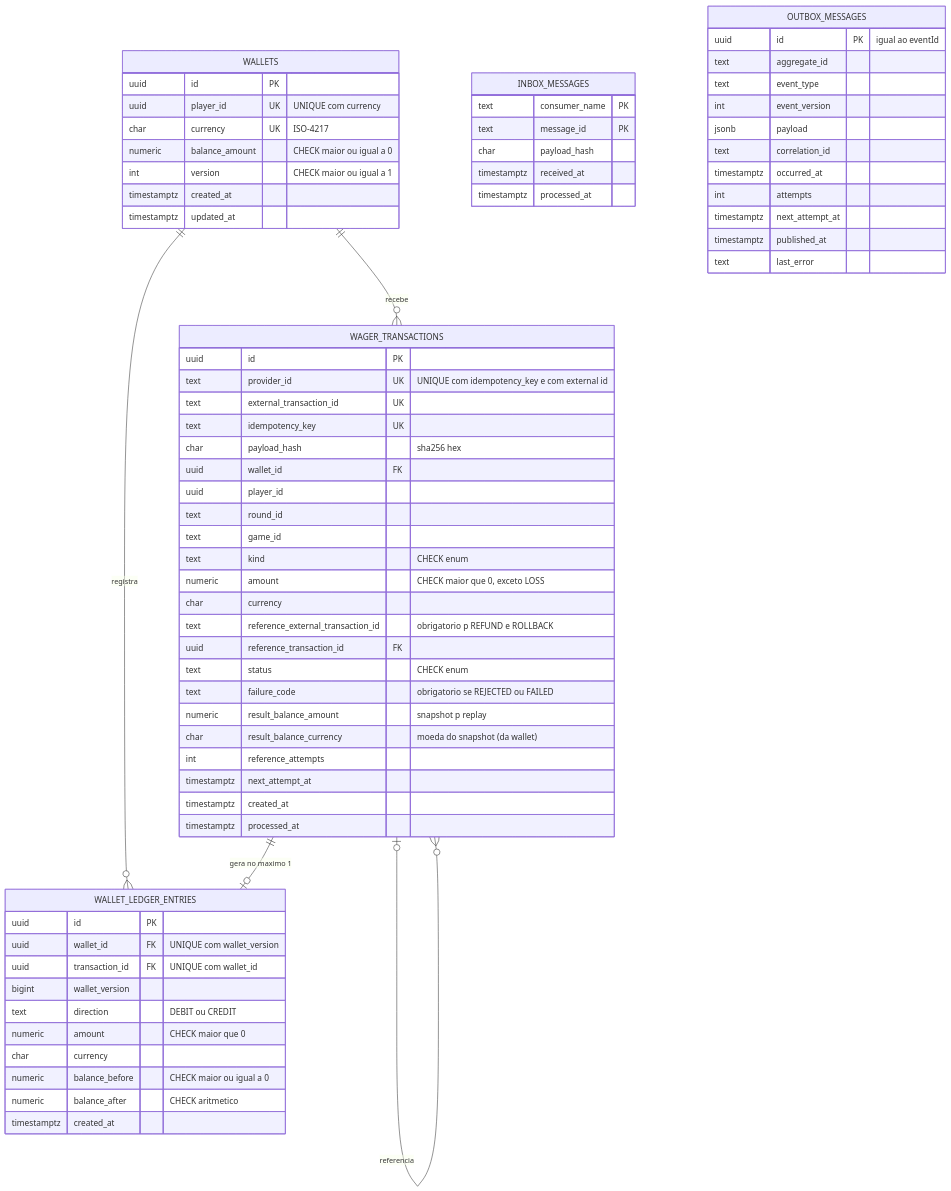
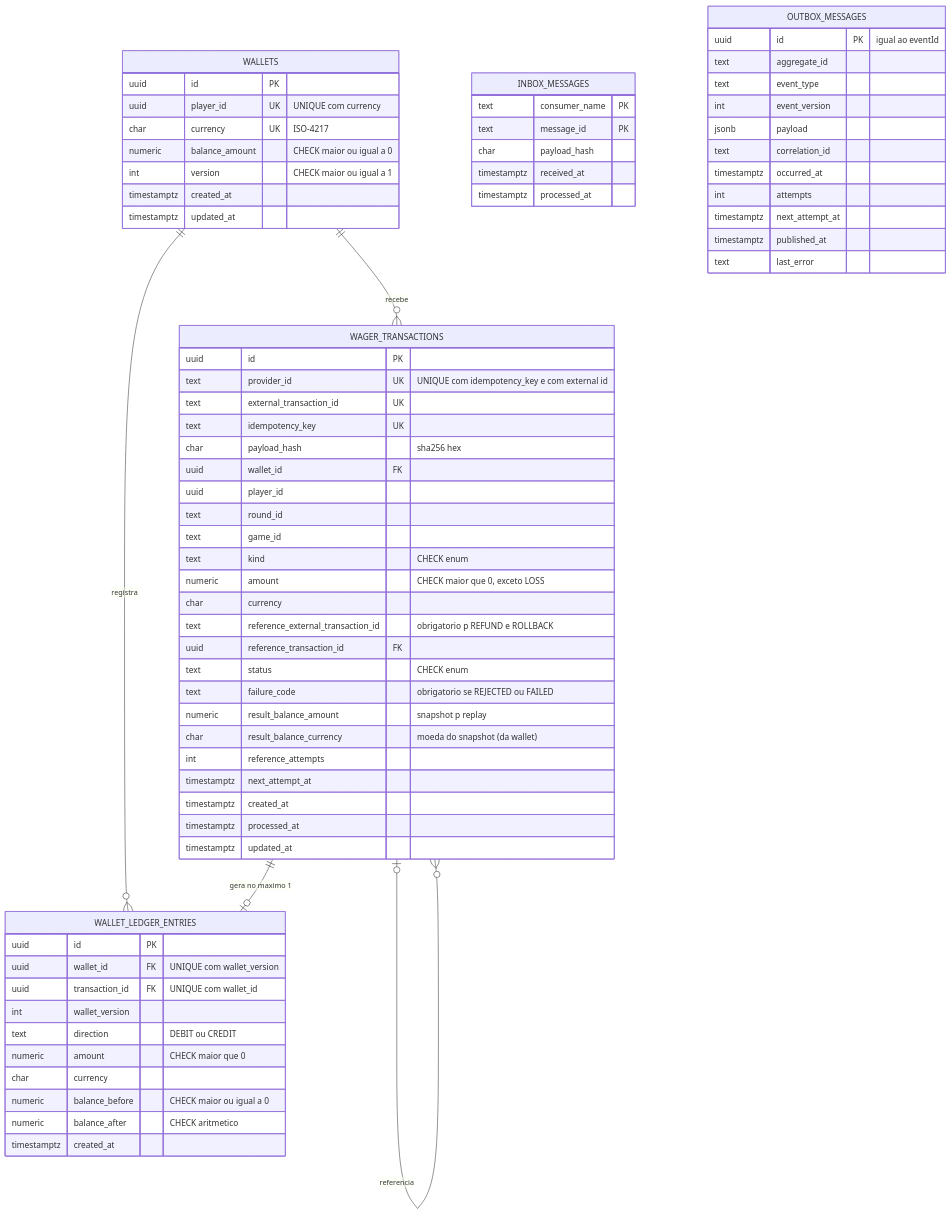
Before and after one commit to RodrigoTorreao/jungle-backend: the sixth of 13 diagrams in ARCHITECTURE.md, drawn with Mermaid. The commit also changed other lines of this file and 3 other files, not shown here.

First line of the commit message:
docs: align architecture with the code and record the conformance audit

````diff
--- a/ARCHITECTURE.md
+++ b/ARCHITECTURE.md
@@ -308,73 +320,74 @@
 ```mermaid
 erDiagram
     WALLETS ||--o{ WAGER_TRANSACTIONS : "recebe"
     WALLETS ||--o{ WALLET_LEDGER_ENTRIES : "registra"
     WAGER_TRANSACTIONS ||--o| WALLET_LEDGER_ENTRIES : "gera no maximo 1"
     WAGER_TRANSACTIONS |o--o{ WAGER_TRANSACTIONS : "referencia"
 
     WALLETS {
         uuid id PK
         uuid player_id UK "UNIQUE com currency"
         char currency UK "ISO-4217"
         numeric balance_amount "CHECK maior ou igual a 0"
         int version "CHECK maior ou igual a 1"
         timestamptz created_at
         timestamptz updated_at
     }
     WAGER_TRANSACTIONS {
         uuid id PK
         text provider_id UK "UNIQUE com idempotency_key e com external id"
         text external_transaction_id UK
         text idempotency_key UK
         char payload_hash "sha256 hex"
         uuid wallet_id FK
         uuid player_id
         text round_id
         text game_id
         text kind "CHECK enum"
         numeric amount "CHECK maior que 0, exceto LOSS"
         char currency
         text reference_external_transaction_id "obrigatorio p REFUND e ROLLBACK"
         uuid reference_transaction_id FK
         text status "CHECK enum"
         text failure_code "obrigatorio se REJECTED ou FAILED"
         numeric result_balance_amount "snapshot p replay"
         char result_balance_currency "moeda do snapshot (da wallet)"
         int reference_attempts
         timestamptz next_attempt_at
         timestamptz created_at
         timestamptz processed_at
+        timestamptz updated_at
     }
     WALLET_LEDGER_ENTRIES {
         uuid id PK
         uuid wallet_id FK "UNIQUE com wallet_version"
         uuid transaction_id FK "UNIQUE com wallet_id"
-        bigint wallet_version
+        int wallet_version
         text direction "DEBIT ou CREDIT"
         numeric amount "CHECK maior que 0"
         char currency
         numeric balance_before "CHECK maior ou igual a 0"
         numeric balance_after "CHECK aritmetico"
         timestamptz created_at
     }
     INBOX_MESSAGES {
         text consumer_name PK
         text message_id PK
         char payload_hash
         timestamptz received_at
         timestamptz processed_at
     }
     OUTBOX_MESSAGES {
         uuid id PK "igual ao eventId"
         text aggregate_id
         text event_type
         int event_version
         jsonb payload
         text correlation_id
         timestamptz occurred_at
         int attempts
         timestamptz next_attempt_at
         timestamptz published_at
         text last_error
     }
 ```
````
